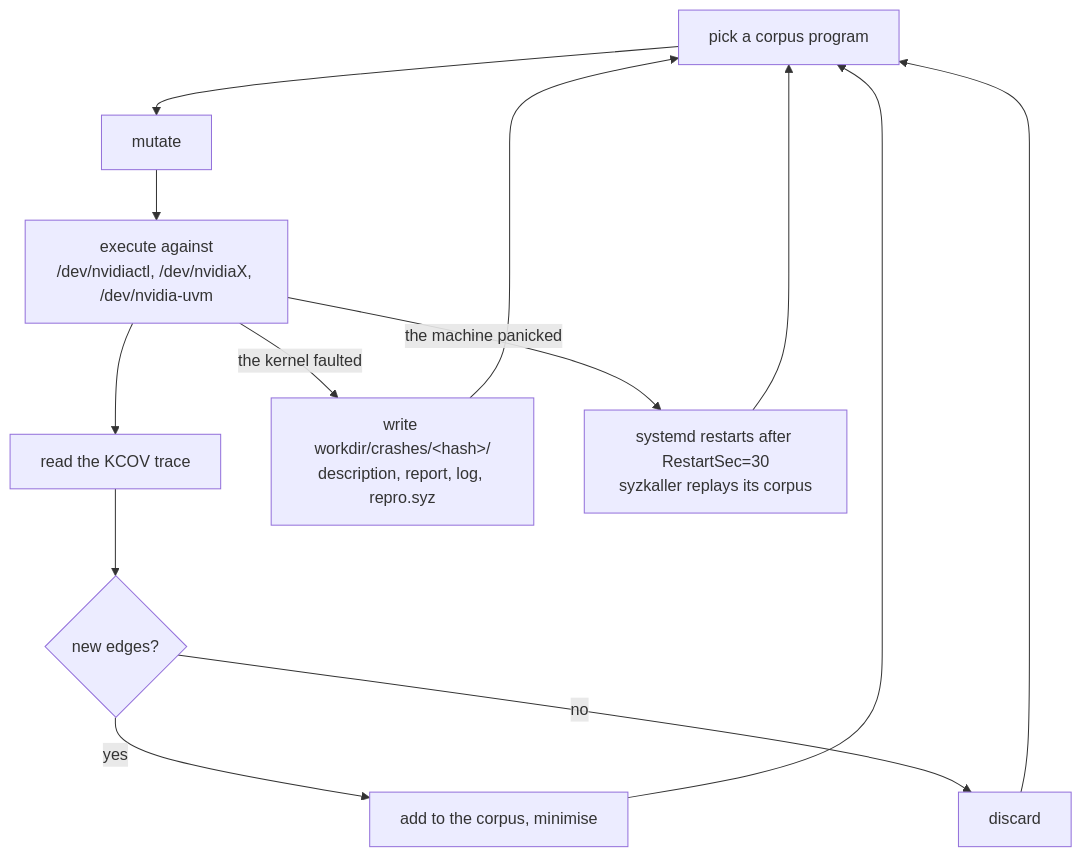
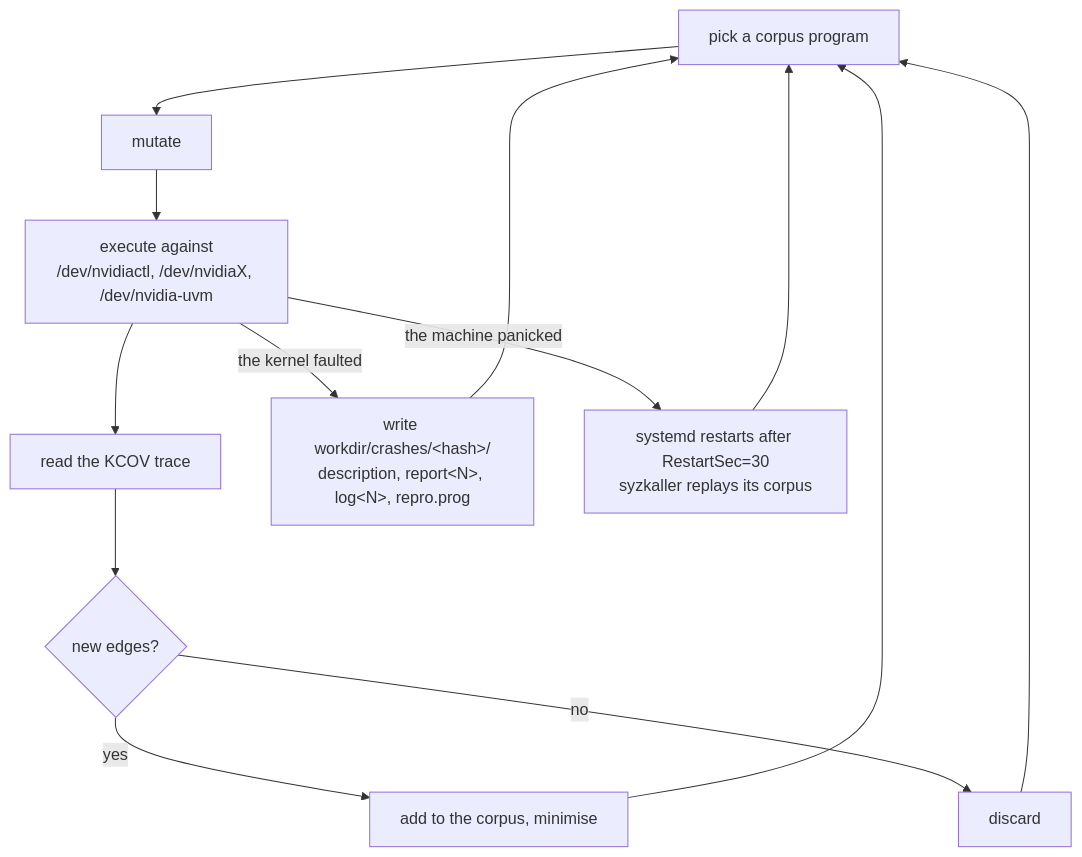
One commit to Indspl0it/gspwn changed the third of 10 diagrams in docs/src/content/docs/architecture/loops.md. Above: the diagram before and after it, drawn with Mermaid. The commit also changed other lines of this file and 247 other files, not shown here.

````diff
--- a/docs/src/content/docs/architecture/loops.md
+++ b/docs/src/content/docs/architecture/loops.md
@@ -143,15 +155,15 @@
 ```mermaid
 flowchart TB
   P["pick a corpus program"] --> MU["mutate"]
   MU --> EX["execute against<br/>/dev/nvidiactl, /dev/nvidiaX, /dev/nvidia-uvm"]
   EX --> KC["read the KCOV trace"]
   KC --> NEW{"new edges?"}
   NEW -->|yes| ADD["add to the corpus, minimise"]
   NEW -->|no| DIS["discard"]
   ADD --> P
   DIS --> P
-  EX -->|"the kernel faulted"| CR["write workdir/crashes/&lt;hash&gt;/<br/>description, report, log, repro.syz"]
+  EX -->|"the kernel faulted"| CR["write workdir/crashes/&lt;hash&gt;/<br/>description, report&lt;N&gt;, log&lt;N&gt;, repro.prog"]
   CR --> P
   EX -->|"the machine panicked"| RS["systemd restarts after RestartSec=30<br/>syzkaller replays its corpus"]
   RS --> P
 ```
````
